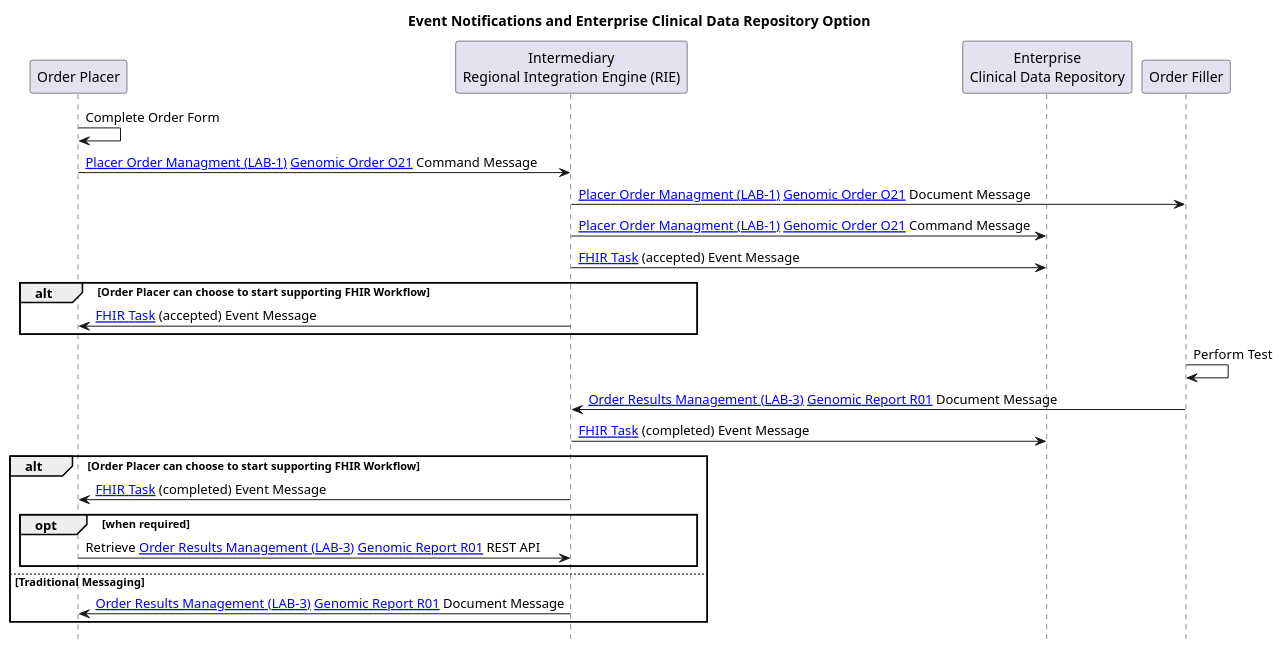
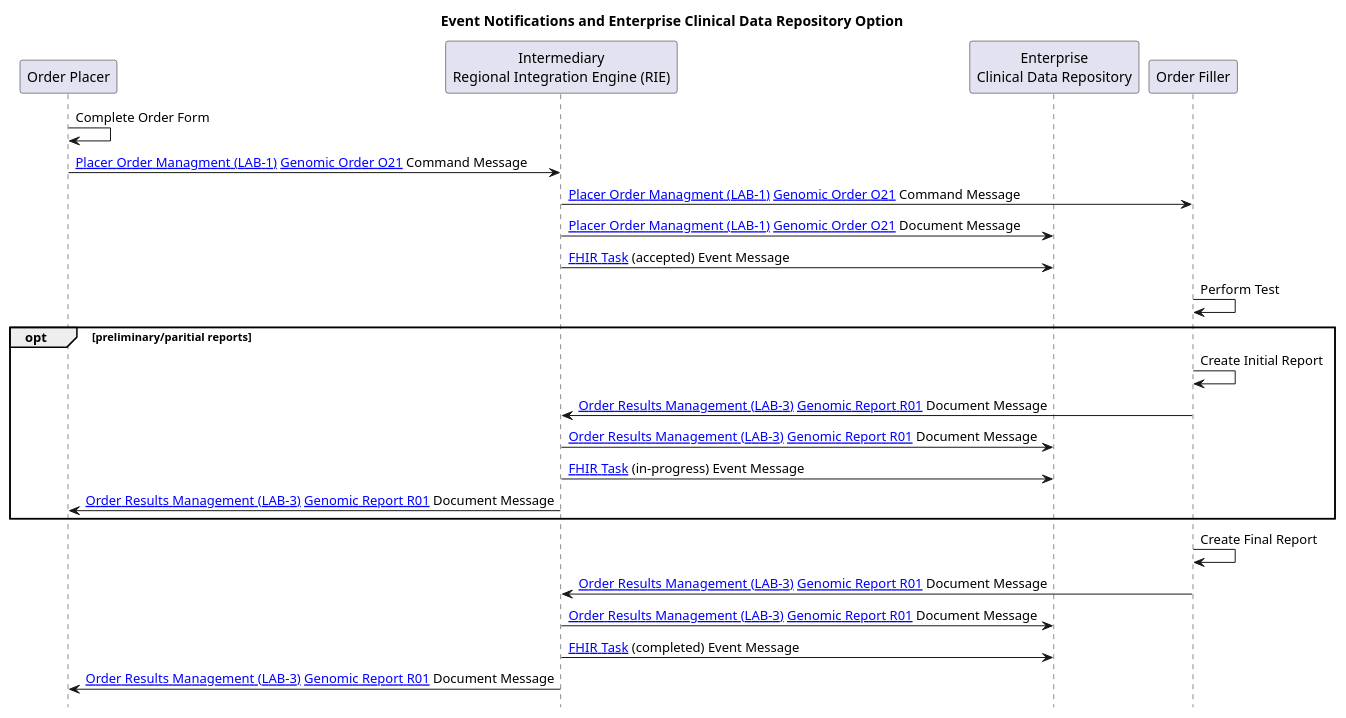
One commit to nw-gmsa/nw-gmsa.github.com changed the diagram in input/images-source/LTW-cdr-sequence.plantuml. Above: the diagram before and after it, drawn with PlantUML. The commit also changed 2 other files, not shown here.

```diff
--- a/input/images-source/LTW-cdr-sequence.plantuml
+++ b/input/images-source/LTW-cdr-sequence.plantuml
@@ -1,36 +1,39 @@
 @startuml
 
 skinparam svgDimensionStyle false
 
 hide footbox
 
 title "Event Notifications and Enterprise Clinical Data Repository Option"
 
 participant "Order Placer" as EPR
 participant "Intermediary\nRegional Integration Engine (RIE)" as TIE
 participant "Enterprise\nClinical Data Repository" as CDR
 participant "Order Filler" as LIMS
 
 
 EPR -> EPR: Complete Order Form
 EPR -> TIE: [[LAB-1.html Placer Order Managment (LAB-1)]] [[DDD-TestOrder.html Genomic Order O21]] Command Message
-TIE -> LIMS: [[LAB-1.html Placer Order Managment (LAB-1)]] [[DDD-TestOrder.html Genomic Order O21]] Document Message
-TIE -> CDR: [[LAB-1.html Placer Order Managment (LAB-1)]] [[DDD-TestOrder.html Genomic Order O21]] Command Message
+TIE -> LIMS: [[LAB-1.html Placer Order Managment (LAB-1)]] [[DDD-TestOrder.html Genomic Order O21]] Command Message
+TIE -> CDR: [[LAB-1.html Placer Order Managment (LAB-1)]] [[DDD-TestOrder.html Genomic Order O21]] Document Message
 TIE -> CDR: [[StructureDefinition-Task.html FHIR Task]] (accepted) Event Message
-alt Order Placer can choose to start supporting FHIR Workflow
-TIE -> EPR: [[StructureDefinition-Task.html FHIR Task]] (accepted) Event Message
-end
+
 LIMS -> LIMS: Perform Test
 
+opt preliminary/paritial reports
+LIMS -> LIMS: Create Initial Report
 LIMS -> TIE: [[LAB-3.html Order Results Management (LAB-3)]] [[DDD-TestReport.html Genomic Report R01]] Document Message
-TIE -> CDR: [[StructureDefinition-Task.html FHIR Task]] (completed) Event Message
-alt Order Placer can choose to start supporting FHIR Workflow
-TIE -> EPR: [[StructureDefinition-Task.html FHIR Task]] (completed) Event Message
-opt when required
-  EPR -> TIE: Retrieve [[LAB-3.html Order Results Management (LAB-3)]] [[DDD-TestReport.html Genomic Report R01]] REST API
-end
-else Traditional Messaging
+TIE -> CDR: [[LAB-3.html Order Results Management (LAB-3)]] [[DDD-TestReport.html Genomic Report R01]] Document Message
+TIE -> CDR: [[StructureDefinition-Task.html FHIR Task]] (in-progress) Event Message
 TIE -> EPR: [[LAB-3.html Order Results Management (LAB-3)]] [[DDD-TestReport.html Genomic Report R01]] Document Message
+
 end
 
+LIMS -> LIMS: Create Final Report
+LIMS -> TIE: [[LAB-3.html Order Results Management (LAB-3)]] [[DDD-TestReport.html Genomic Report R01]] Document Message
+TIE -> CDR: [[LAB-3.html Order Results Management (LAB-3)]] [[DDD-TestReport.html Genomic Report R01]] Document Message
+TIE -> CDR: [[StructureDefinition-Task.html FHIR Task]] (completed) Event Message
+
+TIE -> EPR: [[LAB-3.html Order Results Management (LAB-3)]] [[DDD-TestReport.html Genomic Report R01]] Document Message
+
 @enduml
```
